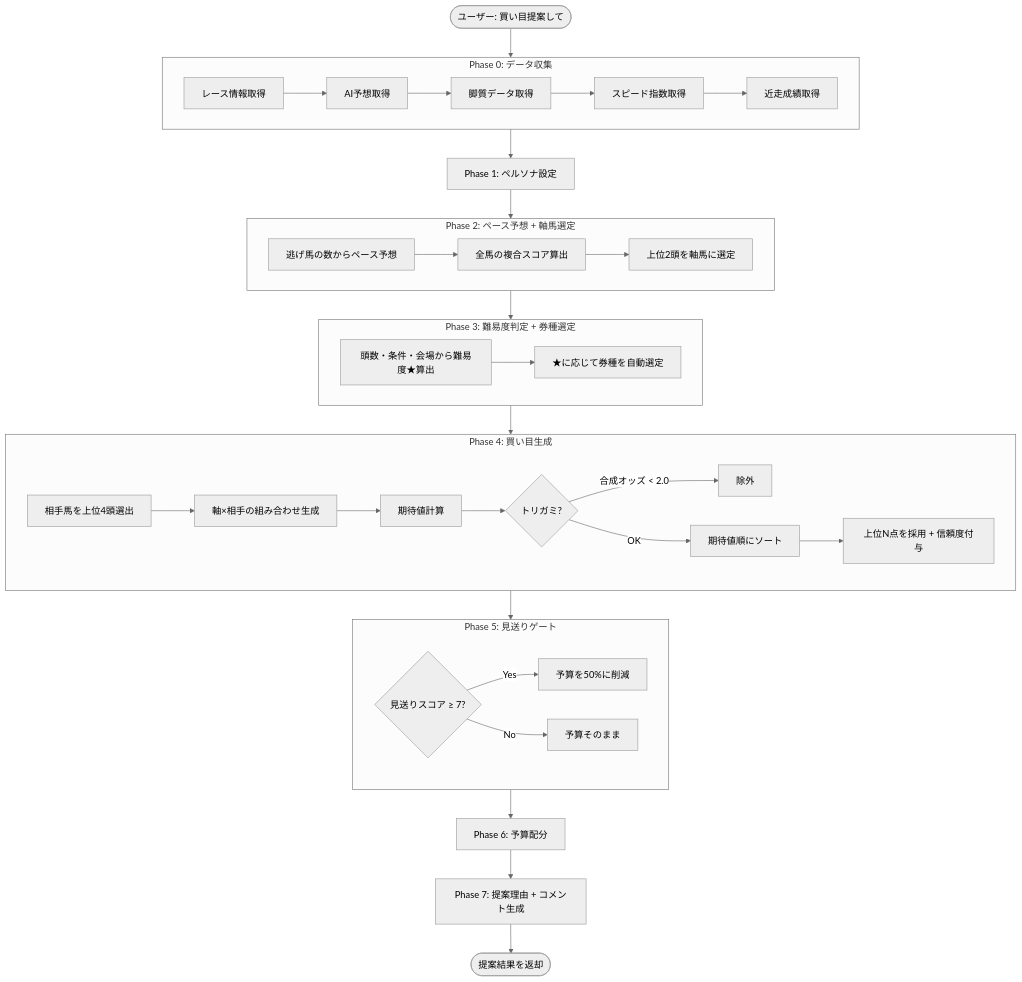
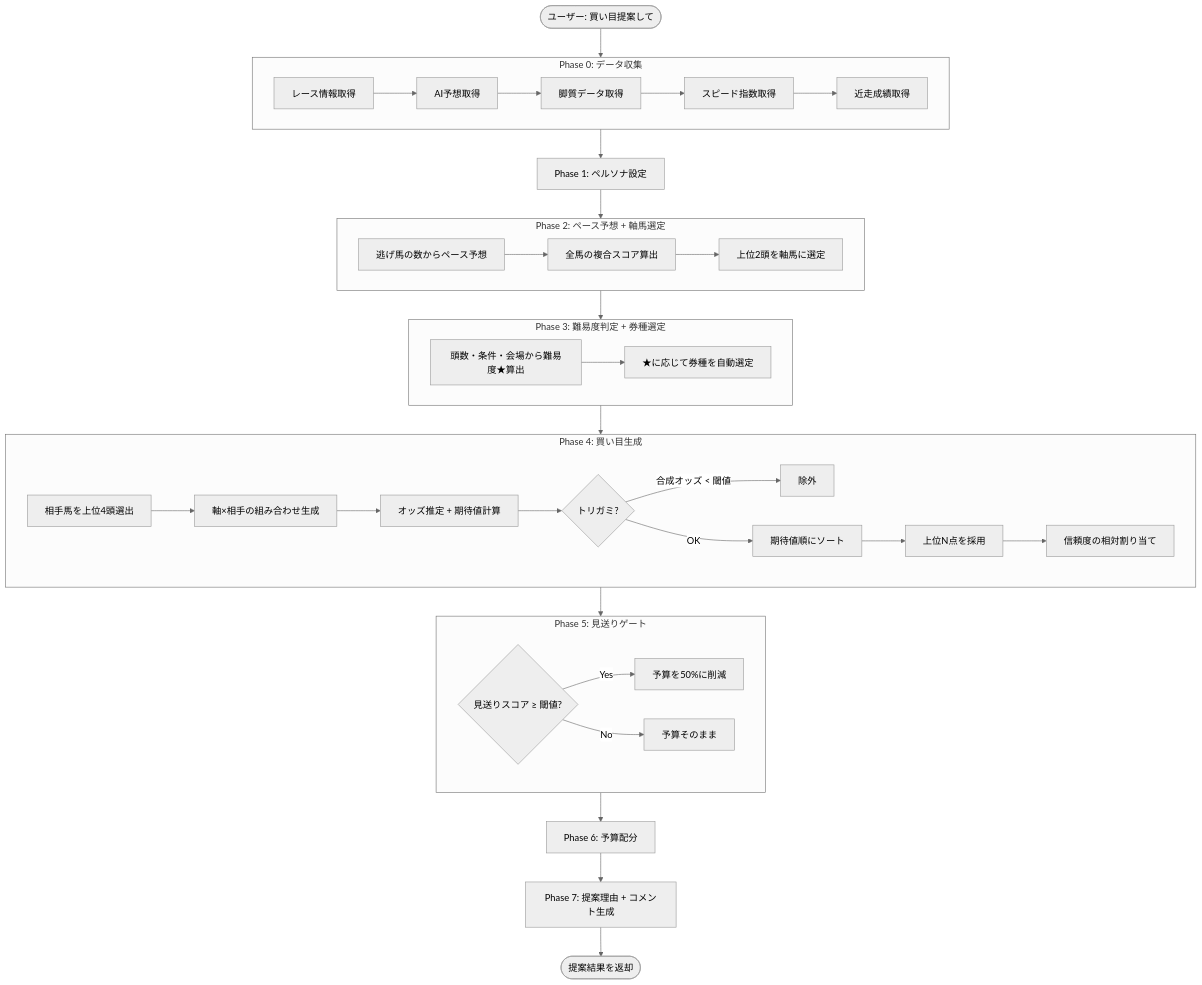
One commit to foie0222/baken-kaigi changed the first of 10 diagrams in docs/bet-proposal-logic.md. Above: the diagram before and after it, drawn with Mermaid (neutral theme). The commit also changed other lines of this file, not shown here.

````diff
--- a/docs/bet-proposal-logic.md
+++ b/docs/bet-proposal-logic.md
@@ -7,48 +7,49 @@
 ```mermaid
 flowchart TD
     START([ユーザー: 買い目提案して]) --> P0
 
     subgraph P0 [Phase 0: データ収集]
         P0A[レース情報取得] --> P0B[AI予想取得]
         P0B --> P0C[脚質データ取得]
         P0C --> P0D[スピード指数取得]
         P0D --> P0E[近走成績取得]
     end
 
     P0 --> P1[Phase 1: ペルソナ設定]
     P1 --> P2
 
     subgraph P2 [Phase 2: ペース予想 + 軸馬選定]
         P2A[逃げ馬の数からペース予想] --> P2B[全馬の複合スコア算出]
         P2B --> P2C[上位2頭を軸馬に選定]
     end
 
     P2 --> P3
 
     subgraph P3 [Phase 3: 難易度判定 + 券種選定]
         P3A[頭数・条件・会場から難易度★算出] --> P3B[★に応じて券種を自動選定]
     end
 
     P3 --> P4
 
     subgraph P4 [Phase 4: 買い目生成]
         P4A[相手馬を上位4頭選出] --> P4B[軸×相手の組み合わせ生成]
-        P4B --> P4C[期待値計算]
+        P4B --> P4C[オッズ推定 + 期待値計算]
         P4C --> P4D{トリガミ?}
-        P4D -->|合成オッズ < 2.0| P4E[除外]
+        P4D -->|合成オッズ < 閾値| P4E[除外]
         P4D -->|OK| P4F[期待値順にソート]
-        P4F --> P4G[上位N点を採用 + 信頼度付与]
+        P4F --> P4G[上位N点を採用]
+        P4G --> P4H[信頼度の相対割り当て]
     end
 
     P4 --> P5
 
     subgraph P5 [Phase 5: 見送りゲート]
-        P5A{見送りスコア ≥ 7?}
+        P5A{見送りスコア ≥ 閾値?}
         P5A -->|Yes| P5B[予算を50%に削減]
         P5A -->|No| P5C[予算そのまま]
     end
 
     P5 --> P6[Phase 6: 予算配分]
     P6 --> P7[Phase 7: 提案理由 + コメント生成]
     P7 --> RESULT([提案結果を返却])
 ```
````
